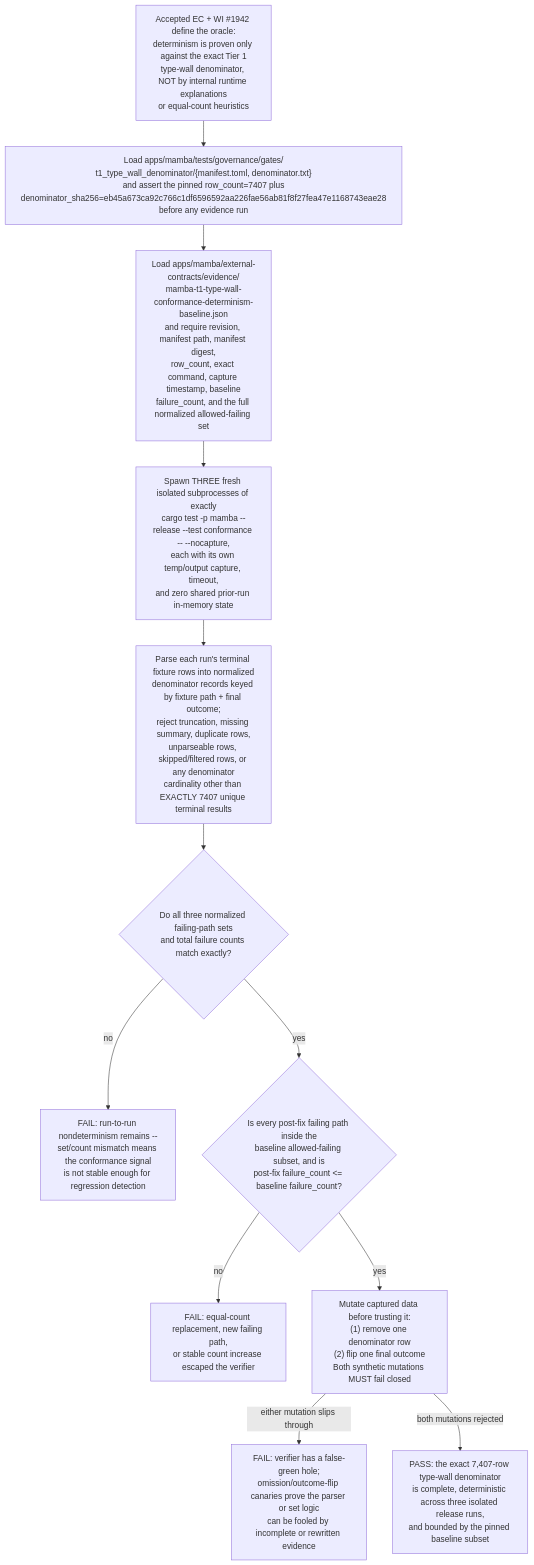
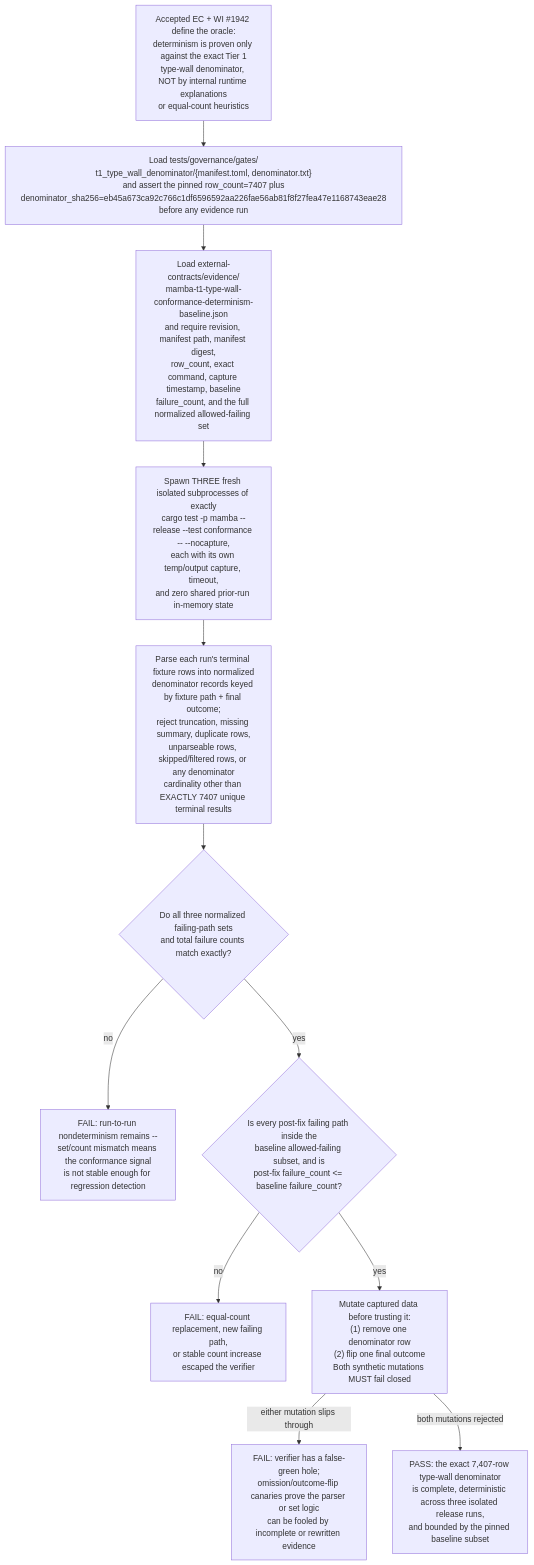
The first of 2 diagrams in tech-design/validate/conformance-suite-total-failed-count-is-non-deterministic-across.md (faberline/mamba), drawn with Mermaid before and after one commit. The commit also changed other lines of this file and 4371 other files, not shown here.

````diff
--- a/tech-design/validate/conformance-suite-total-failed-count-is-non-deterministic-across.md
+++ b/tech-design/validate/conformance-suite-total-failed-count-is-non-deterministic-across.md
@@ -30,41 +30,41 @@
 ```mermaid
 ---
 id: mamba-t1-type-wall-conformance-determinism
 entry: accepted_ec
 nodes:
   accepted_ec: { kind: start, label: "Accepted EC + WI #1942 define the oracle: determinism is proven only against the exact Tier 1 type-wall denominator, not by internal runtime explanations or equal-count heuristics" }
-  load_manifest: { kind: process, label: "Read apps/mamba/tests/governance/gates/t1_type_wall_denominator/{manifest.toml,denominator.txt}; assert row_count=7407 and denominator_sha256=eb45a673ca92c766c1df6596592aa226fae56ab81f8f27fea47e1168743eae28 before any run" }
-  load_baseline: { kind: process, label: "Read apps/mamba/external-contracts/evidence/mamba-t1-type-wall-conformance-determinism-baseline.json; require revision, manifest path, manifest digest, row_count, exact command, capture timestamp, baseline failure count, and full normalized allowed-failing set" }
+  load_manifest: { kind: process, label: "Read tests/governance/gates/t1_type_wall_denominator/{manifest.toml,denominator.txt}; assert row_count=7407 and denominator_sha256=eb45a673ca92c766c1df6596592aa226fae56ab81f8f27fea47e1168743eae28 before any run" }
+  load_baseline: { kind: process, label: "Read external-contracts/evidence/mamba-t1-type-wall-conformance-determinism-baseline.json; require revision, manifest path, manifest digest, row_count, exact command, capture timestamp, baseline failure count, and full normalized allowed-failing set" }
   spawn_run: { kind: process, label: "Spawn three fresh isolated subprocesses of exactly cargo test -p mamba --release --test conformance -- --nocapture, each with its own temp/output capture, timeout, and zero shared prior-run in-memory state" }
   parse_output: { kind: process, label: "Parse terminal fixture rows from each run into normalized denominator records keyed by fixture path + final outcome; reject truncation, missing summary, duplicate rows, unparseable rows, skipped/filtered rows, or any denominator cardinality other than exactly 7407 unique terminal results" }
   compare_runs: { kind: decision, label: "Do all three normalized failing-path sets and total failure counts match exactly?" }
   baseline_subset: { kind: decision, label: "Is every post-fix failing path a member of the baseline allowed-failing set, and is post-fix failure_count <= baseline failure_count?" }
   mutation_canaries: { kind: process, label: "Before trusting the real captures, self-test the verifier by removing one denominator row and flipping one outcome in captured data; both synthetic mutations must fail closed" }
   ec_pass: { kind: terminal, label: "PASS: the exact 7,407-row type-wall denominator is complete, deterministic across three isolated release runs, and bounded by the pinned baseline subset" }
   ec_fail: { kind: terminal, label: "FAIL: manifest drift, baseline drift, timeout/crash, parse gap, duplicate/omitted row, run-to-run set/count divergence, or equal-count replacement attempt blocks WI #1942 completion" }
 edges:
   - { from: accepted_ec, to: load_manifest }
   - { from: load_manifest, to: load_baseline }
   - { from: load_baseline, to: spawn_run }
   - { from: spawn_run, to: parse_output }
   - { from: parse_output, to: compare_runs }
   - { from: compare_runs, to: ec_fail, label: "no" }
   - { from: compare_runs, to: baseline_subset, label: "yes" }
   - { from: baseline_subset, to: ec_fail, label: "no" }
   - { from: baseline_subset, to: mutation_canaries, label: "yes" }
   - { from: mutation_canaries, to: ec_fail, label: "either canary passes unexpectedly" }
   - { from: mutation_canaries, to: ec_pass, label: "both canaries fail closed" }
 ---
 flowchart TD
-    A["Accepted EC + WI #1942 define the oracle:\ndeterminism is proven only against the exact Tier 1\ntype-wall denominator, NOT by internal runtime explanations\nor equal-count heuristics"] --> B["Load apps/mamba/tests/governance/gates/\nt1_type_wall_denominator/{manifest.toml, denominator.txt}\nand assert the pinned row_count=7407 plus\ndenominator_sha256=eb45a673ca92c766c1df6596592aa226fae56ab81f8f27fea47e1168743eae28\nbefore any evidence run"]
-    B --> C["Load apps/mamba/external-contracts/evidence/\nmamba-t1-type-wall-conformance-determinism-baseline.json\nand require revision, manifest path, manifest digest,\nrow_count, exact command, capture timestamp, baseline\nfailure_count, and the full normalized allowed-failing set"]
+    A["Accepted EC + WI #1942 define the oracle:\ndeterminism is proven only against the exact Tier 1\ntype-wall denominator, NOT by internal runtime explanations\nor equal-count heuristics"] --> B["Load tests/governance/gates/\nt1_type_wall_denominator/{manifest.toml, denominator.txt}\nand assert the pinned row_count=7407 plus\ndenominator_sha256=eb45a673ca92c766c1df6596592aa226fae56ab81f8f27fea47e1168743eae28\nbefore any evidence run"]
+    B --> C["Load external-contracts/evidence/\nmamba-t1-type-wall-conformance-determinism-baseline.json\nand require revision, manifest path, manifest digest,\nrow_count, exact command, capture timestamp, baseline\nfailure_count, and the full normalized allowed-failing set"]
     C --> D["Spawn THREE fresh isolated subprocesses of exactly\ncargo test -p mamba --release --test conformance -- --nocapture,\neach with its own temp/output capture, timeout,\nand zero shared prior-run in-memory state"]
     D --> E["Parse each run's terminal fixture rows into normalized\ndenominator records keyed by fixture path + final outcome;\nreject truncation, missing summary, duplicate rows,\nunparseable rows, skipped/filtered rows, or any denominator\ncardinality other than EXACTLY 7407 unique terminal results"]
     E --> F{"Do all three normalized failing-path sets\nand total failure counts match exactly?"}
     F -- "no" --> G["FAIL: run-to-run nondeterminism remains --\nset/count mismatch means the conformance signal\nis not stable enough for regression detection"]
     F -- "yes" --> H{"Is every post-fix failing path inside the\nbaseline allowed-failing subset, and is\npost-fix failure_count <= baseline failure_count?"}
     H -- "no" --> I["FAIL: equal-count replacement, new failing path,\nor stable count increase escaped the verifier"]
     H -- "yes" --> J["Mutate captured data before trusting it:\n(1) remove one denominator row\n(2) flip one final outcome\nBoth synthetic mutations MUST fail closed"]
     J -- "either mutation slips through" --> K["FAIL: verifier has a false-green hole;\nomission/outcome-flip canaries prove the parser or set logic\ncan be fooled by incomplete or rewritten evidence"]
     J -- "both mutations rejected" --> L["PASS: the exact 7,407-row type-wall denominator\nis complete, deterministic across three isolated release runs,\nand bounded by the pinned baseline subset"]
 ```
````
